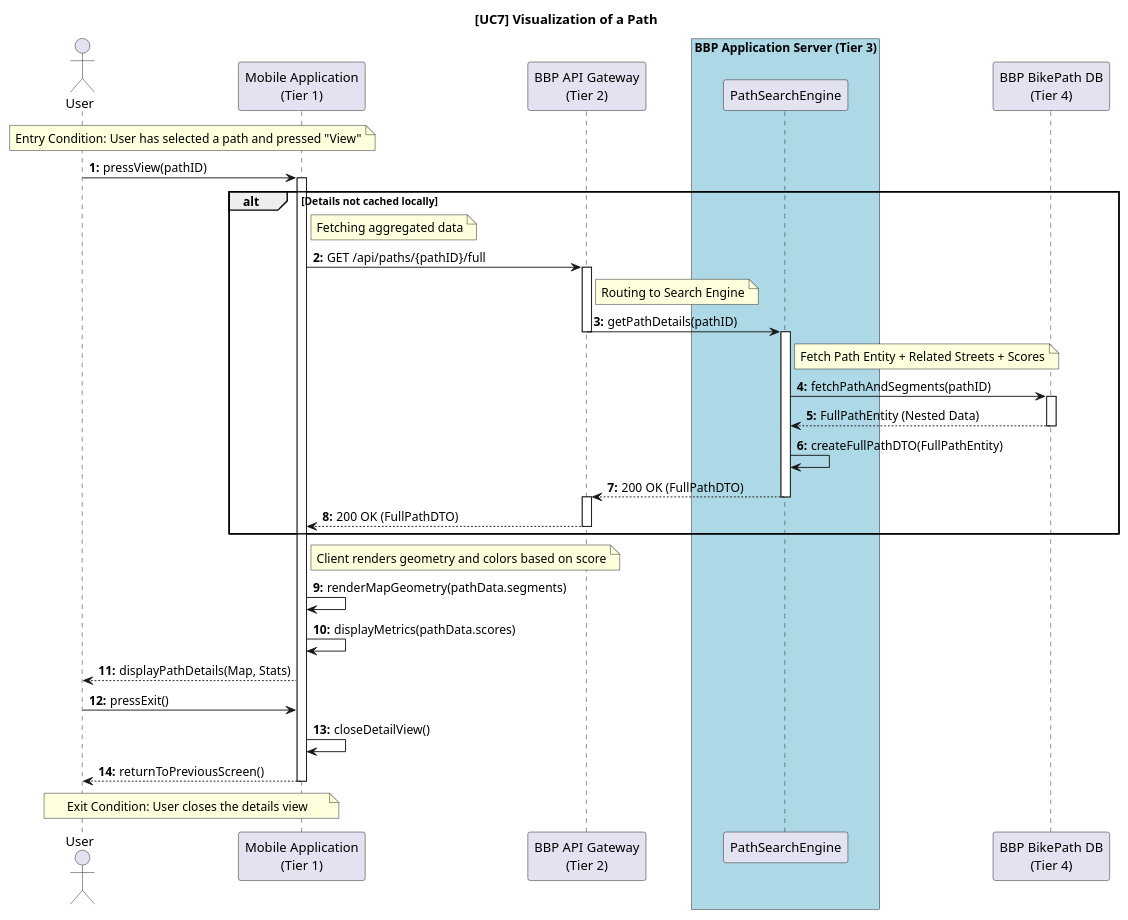
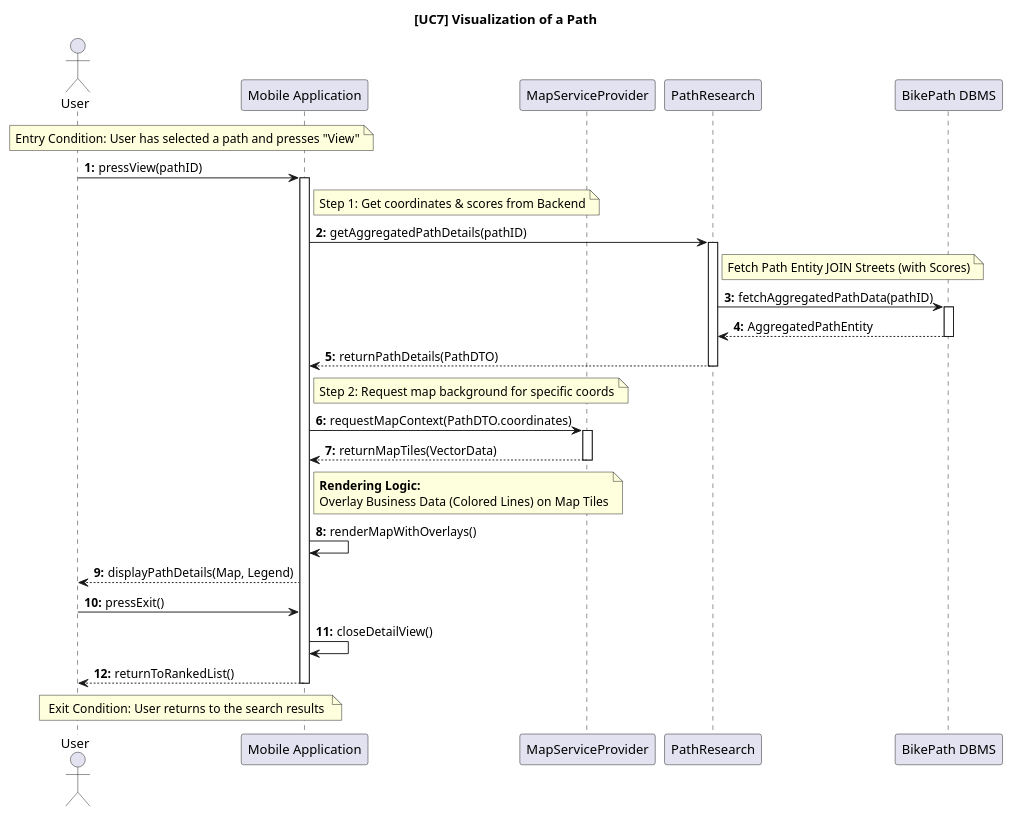
Before and after one commit to ilevinci/RubinoUvinsiVinciguerra: the diagram in DD/sequencediagrams/usecase7.puml, drawn with PlantUML. The commit also changed 8 other files, not shown here.

Commit message:
update sequence diagrams (use case->component)

```diff
--- a/DD/sequencediagrams/usecase7.puml
+++ b/DD/sequencediagrams/usecase7.puml
@@ -1,77 +1,72 @@
-@startuml UC7_VisualizePath_Design
+@startuml UC7_VisualizationPath_Final
 autonumber "<b>0:"
 title [UC7] Visualization of a Path
 
 ' =======================================================
 ' COMPONENT DEFINITION
 ' =======================================================
 actor "User" as User
-participant "Mobile Application\n(Tier 1)" as Client
+participant "Mobile Application" as Client
+
+' Servizio Esterno (Indispensabile per il rendering grafico)
+participant "MapServiceProvider" as Map
 
 ' Backend System
-participant "BBP API Gateway\n(Tier 2)" as GW
-box "BBP Application Server (Tier 3)" #LightBlue
-    ' Usiamo SearchEngine coerentemente con UC6
-    participant "PathSearchEngine" as Search
-end box
-participant "BBP BikePath DB\n(Tier 4)" as DB
+participant "PathResearch" as PR
+participant "BikePath DBMS" as DB
 
 ' =======================================================
 ' ENTRY CONDITION
 ' =======================================================
-note over User, Client: Entry Condition: User has selected a path and pressed "View"
+note over User, Client: Entry Condition: User has selected a path and presses "View"
 
 ' =======================================================
-' (a) SYSTEM SHOWS DETAILS
+' (a) FETCH DATA & MAP CONTEXT
 ' =======================================================
 User -> Client: pressView(pathID)
 activate Client
 
-' Check cache locale (Opzionale, Smart Client optimization)
-alt Details not cached locally
-    note right of Client: Fetching aggregated data
-    Client -> GW: GET /api/paths/{pathID}/full
-    activate GW
-    
-    note right of GW: Routing to Search Engine
-    GW -> Search: getPathDetails(pathID)
-    deactivate GW
-    activate Search
+' 1. Recupero Dati del Percorso (Logica di Business)
+note right of Client: Step 1: Get coordinates & scores from Backend
+Client -> PR: getAggregatedPathDetails(pathID)
+activate PR
 
-    ' Recupero Dati Aggregati (Punto critico del Design)
-    note right of Search: Fetch Path Entity + Related Streets + Scores
-    Search -> DB: fetchPathAndSegments(pathID)
-    activate DB
-    DB --> Search: FullPathEntity (Nested Data)
-    deactivate DB
+' Query al DBMS
+note right of PR: Fetch Path Entity JOIN Streets (with Scores)
+PR -> DB: fetchAggregatedPathData(pathID)
+activate DB
+DB --> PR: AggregatedPathEntity
+deactivate DB
 
-    ' Trasformazione in DTO
-    Search -> Search: createFullPathDTO(FullPathEntity)
+' Ritorno dati al Client
+PR --> Client: returnPathDetails(PathDTO)
+deactivate PR
 
-    Search --> GW: 200 OK (FullPathDTO)
-    deactivate Search
-    activate GW
-    GW --> Client: 200 OK (FullPathDTO)
-    deactivate GW
-end
+' 2. Recupero Dati Cartografici (Logica di Visualizzazione)
+note right of Client: Step 2: Request map background for specific coords
+Client -> Map: requestMapContext(PathDTO.coordinates)
+activate Map
+Map --> Client: returnMapTiles(VectorData)
+deactivate Map
 
-' Rendering Lato Client
-note right of Client: Client renders geometry and colors based on score
-Client -> Client: renderMapGeometry(pathData.segments)
-Client -> Client: displayMetrics(pathData.scores)
+' =======================================================
+' RENDERING LATO CLIENT
+' =======================================================
+note right of Client: **Rendering Logic:**\nOverlay Business Data (Colored Lines) on Map Tiles
 
-Client --> User: displayPathDetails(Map, Stats)
+
+Client -> Client: renderMapWithOverlays()
+Client --> User: displayPathDetails(Map, Legend)
 
 ' =======================================================
 ' EXIT CONDITION
 ' =======================================================
 User -> Client: pressExit()
 
-' Pulizia vista
 Client -> Client: closeDetailView()
-Client --> User: returnToPreviousScreen()
+Client --> User: returnToRankedList()
 
-note over User, Client: Exit Condition: User closes the details view
+note over User, Client: Exit Condition: User returns to the search results
 
 deactivate Client
 @enduml
```
